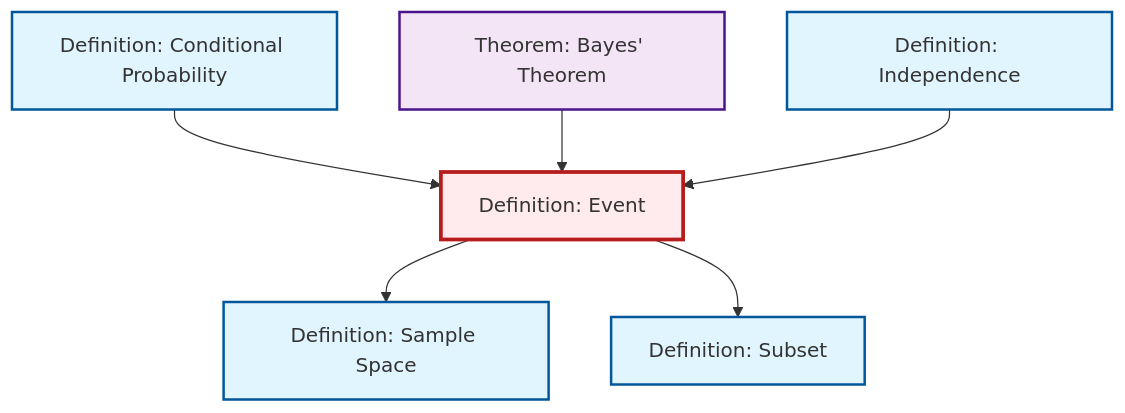
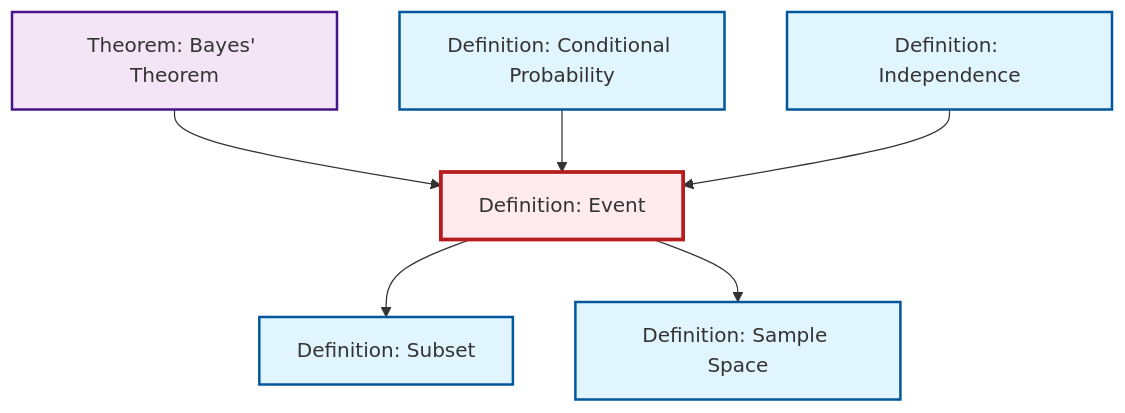
Before and after one commit to RK0429/ModernMath: the diagram in content/ja/probability-statistics/def-event.qmd, drawn with Mermaid. The commit also changed other lines of this file and 491 other files, not shown here.

````diff
--- a/content/ja/probability-statistics/def-event.qmd
+++ b/content/ja/probability-statistics/def-event.qmd
@@ -70,26 +70,26 @@
 ```{mermaid}
 %%| fig-cap: "Local dependency graph"
 graph TD
     classDef definition fill:#e1f5fe,stroke:#01579b,stroke-width:2px
     classDef theorem fill:#f3e5f5,stroke:#4a148c,stroke-width:2px
     classDef axiom fill:#fff3e0,stroke:#e65100,stroke-width:2px
     classDef example fill:#e8f5e9,stroke:#1b5e20,stroke-width:2px
     classDef current fill:#ffebee,stroke:#b71c1c,stroke-width:3px
+    def-conditional-probability["Definition: Conditional Probability"]:::definition
     def-independence["Definition: Independence"]:::definition
+    def-subset["Definition: Subset"]:::definition
+    def-sample-space["Definition: Sample Space"]:::definition
+    thm-bayes["Theorem: Bayes' Theorem"]:::theorem
     def-event["Definition: Event"]:::definition
-    def-subset["Definition: Subset"]:::definition
-    thm-bayes["Theorem: Bayes' Theorem"]:::theorem
-    def-sample-space["Definition: Sample Space"]:::definition
-    def-conditional-probability["Definition: Conditional Probability"]:::definition
+    def-event --> def-subset
+    thm-bayes --> def-event
     def-event --> def-sample-space
     def-conditional-probability --> def-event
-    thm-bayes --> def-event
-    def-event --> def-subset
     def-independence --> def-event
     class def-event current
+    click def-conditional-probability "def-conditional-probability.html" "Definition: Conditional Probabilityへ"
     click def-independence "def-independence.html" "Definition: Independenceへ"
     click def-subset "def-subset.html" "Definition: Subsetへ"
+    click def-sample-space "def-sample-space.html" "Definition: Sample Spaceへ"
     click thm-bayes "thm-bayes.html" "Theorem: Bayes' Theoremへ"
-    click def-sample-space "def-sample-space.html" "Definition: Sample Spaceへ"
-    click def-conditional-probability "def-conditional-probability.html" "Definition: Conditional Probabilityへ"
 ```
````
